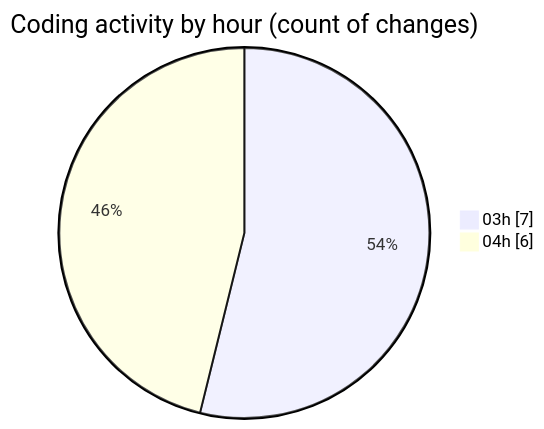
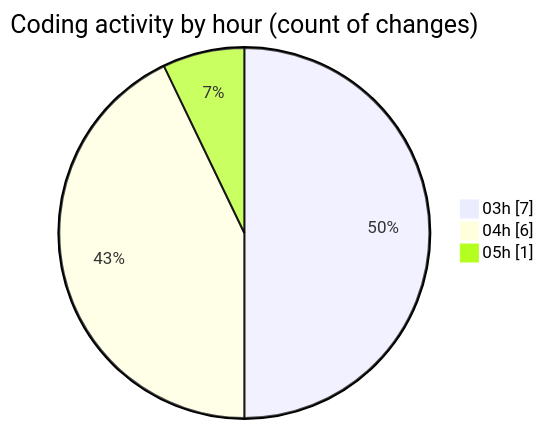
Before and after one commit to FelipKnott/code-tracking: the second of 2 diagrams in 2025-07-02/cursor/README.md, drawn with Mermaid. The commit also changed other lines of this file and 1 other file, not shown here.

````diff
--- a/2025-07-02/cursor/README.md
+++ b/2025-07-02/cursor/README.md
@@ -30,6 +30,7 @@
 ```mermaid
 pie showData
 title Coding activity by hour (count of changes)
 "03h" : 7
 "04h" : 6
+"05h" : 1
 ```
````
